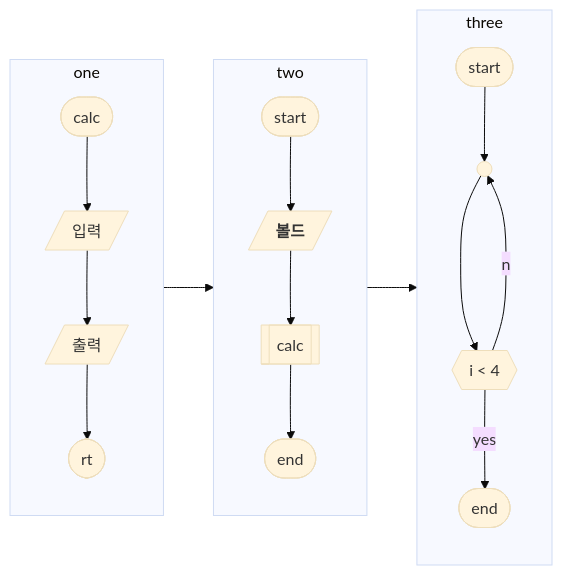
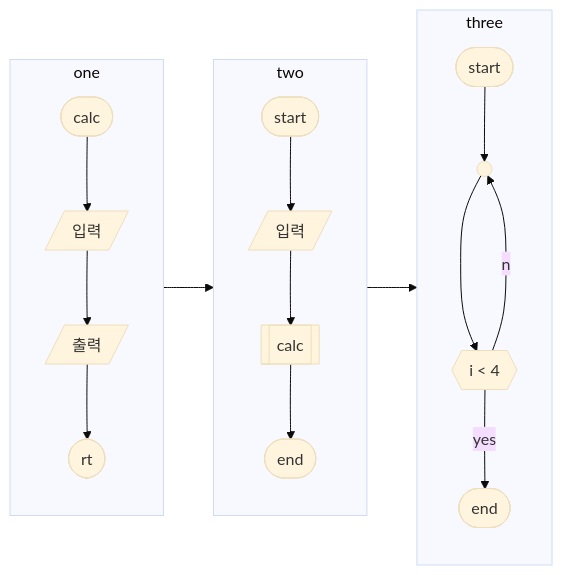
One commit to dlgudw123/docsTest changed the diagram in README.md. Above: the diagram before and after it, drawn with Mermaid (base theme).

Commit message:
ㄹㅇㄴ

````diff
--- a/README.md
+++ b/README.md
@@ -4,24 +4,24 @@
 ```mermaid
 flowchart LR
     subgraph one
         calc([calc])
         calc --> inp[/입력/]
         inp --> out[/출력/]
         out --> rt([rt])
     end
 
     subgraph two
-        start([start]) --> inp1[/"`**볼드**`"/]
+        start([start]) --> inp1[/입력/]
         inp1 --> fun1[[calc]]
         fun1 --> end1([end])
     end
 
     subgraph three
         start1([start]) --> blank(( ))
         blank --> cond{{i < 4}}
         cond --no--> blank
         cond --yes--> end2([end])
     end
 
     one --> two --> three
 ```
````
